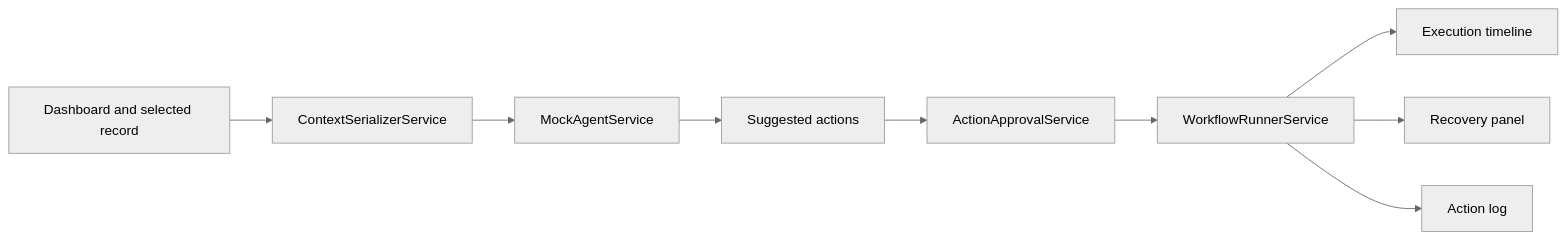
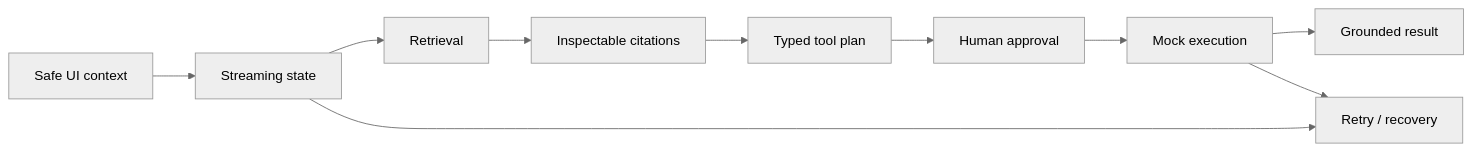
One commit to AnkitParekh007/frontend-ai-patterns changed the diagram in examples/ui-aware-agent/README.md. Above: the diagram before and after it, drawn with Mermaid (neutral theme). The commit also changed other lines of this file, not shown here.

````diff
--- a/examples/ui-aware-agent/README.md
+++ b/examples/ui-aware-agent/README.md
@@ -47,11 +55,12 @@
 ```mermaid
 flowchart LR
-    Dashboard["Dashboard and selected record"] --> Serializer["ContextSerializerService"]
-    Serializer --> Agent["MockAgentService"]
-    Agent --> Suggestions["Suggested actions"]
-    Suggestions --> Approval["ActionApprovalService"]
-    Approval --> Runner["WorkflowRunnerService"]
-    Runner --> Timeline["Execution timeline"]
-    Runner --> Recovery["Recovery panel"]
-    Runner --> Log["Action log"]
+    Context["Safe UI context"] --> Stream["Streaming state"]
+    Stream --> Retrieval["Retrieval"]
+    Retrieval --> Citations["Inspectable citations"]
+    Citations --> Plan["Typed tool plan"]
+    Plan --> Approval["Human approval"]
+    Approval --> Execution["Mock execution"]
+    Execution --> Result["Grounded result"]
+    Stream --> Recovery["Retry / recovery"]
+    Execution --> Recovery
 ```
````
